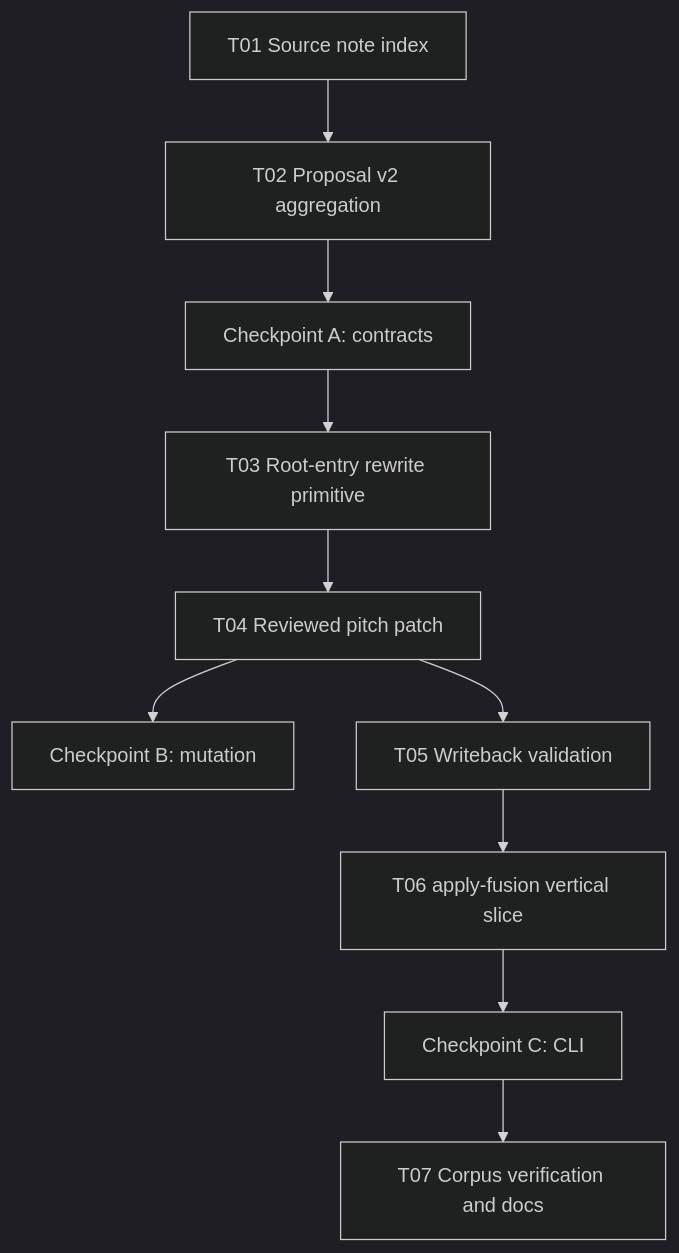
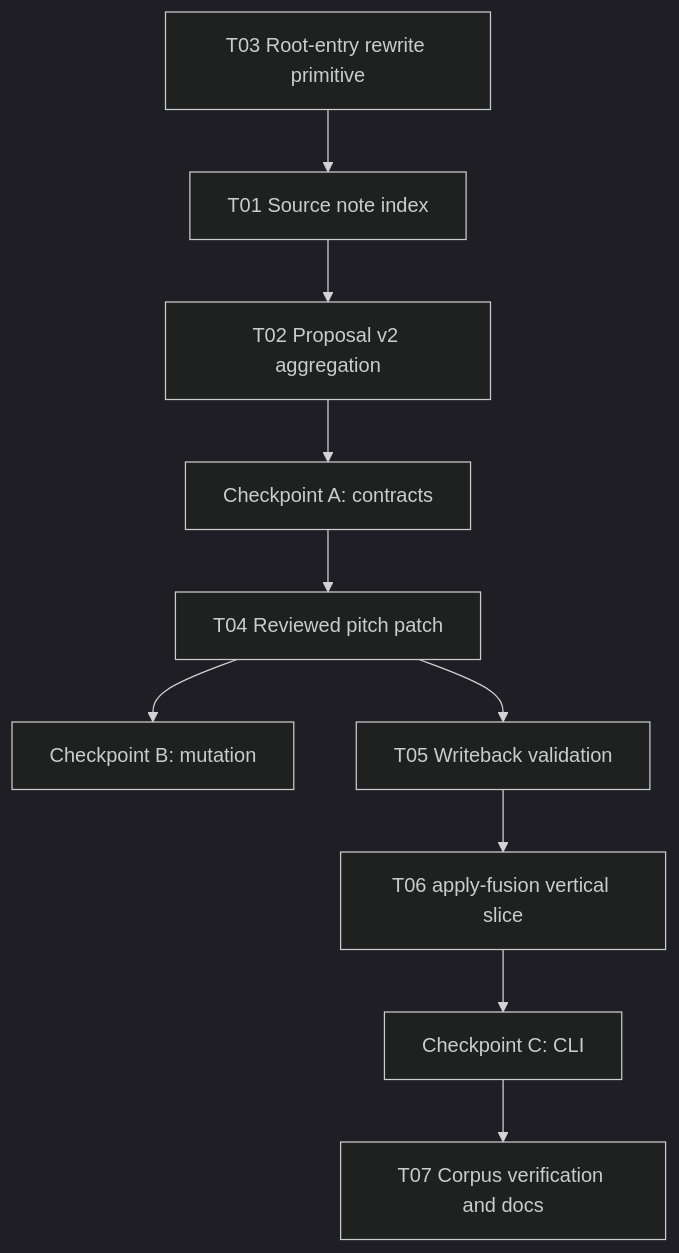
The diagram in tasks/midi-score-writeback/plan.md (hikerpig/zupulse), drawn with Mermaid (dark theme) before and after one commit. The commit also changed other lines of this file and 3 other files, not shown here.

````diff
--- a/tasks/midi-score-writeback/plan.md
+++ b/tasks/midi-score-writeback/plan.md
@@ -28,12 +28,12 @@
 ```mermaid
 flowchart TD
-  T01["T01 Source note index"] --> T02["T02 Proposal v2 aggregation"]
+  T03["T03 Root-entry rewrite primitive"] --> T01["T01 Source note index"]
+  T01 --> T02["T02 Proposal v2 aggregation"]
   T02 --> CKA["Checkpoint A: contracts"]
-  CKA --> T03["T03 Root-entry rewrite primitive"]
-  T03 --> T04["T04 Reviewed pitch patch"]
+  CKA --> T04["T04 Reviewed pitch patch"]
   T04 --> CKB["Checkpoint B: mutation"]
   T04 --> T05["T05 Writeback validation"]
   T05 --> T06["T06 apply-fusion vertical slice"]
   T06 --> CKC["Checkpoint C: CLI"]
   CKC --> T07["T07 Corpus verification and docs"]
 ```
````
